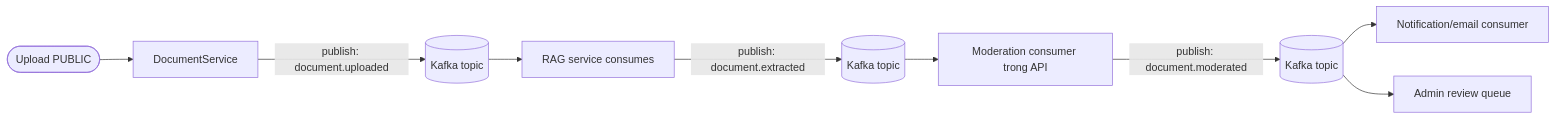
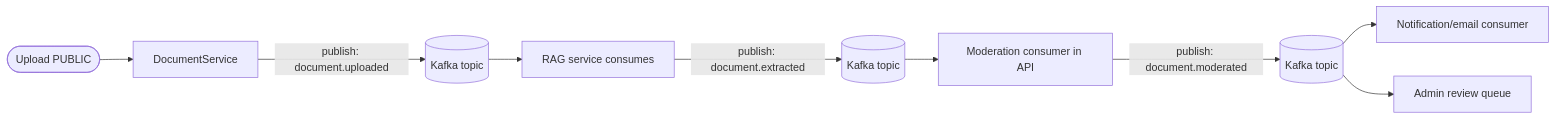
One commit to SWP-SUM26-AI-STUDY-HUB/ai-study-hub-api changed the first of 2 diagrams in docs/IMPROVEMENTS.md. Above: the diagram before and after it, drawn with Mermaid. The commit also changed other lines of this file and 13 other files, not shown here.

````diff
--- a/docs/IMPROVEMENTS.md
+++ b/docs/IMPROVEMENTS.md
@@ -79,11 +79,11 @@
 ```mermaid
 flowchart LR
     U([Upload PUBLIC]) --> API[DocumentService]
     API -->|publish: document.uploaded| K1[(Kafka topic)]
     K1 --> RAG[RAG service consumes]
     RAG -->|publish: document.extracted| K2[(Kafka topic)]
-    K2 --> MOD[Moderation consumer trong API]
+    K2 --> MOD[Moderation consumer in API]
     MOD -->|publish: document.moderated| K3[(Kafka topic)]
     K3 --> NOTIF[Notification/email consumer]
     K3 --> ADM[Admin review queue]
 ```
````
